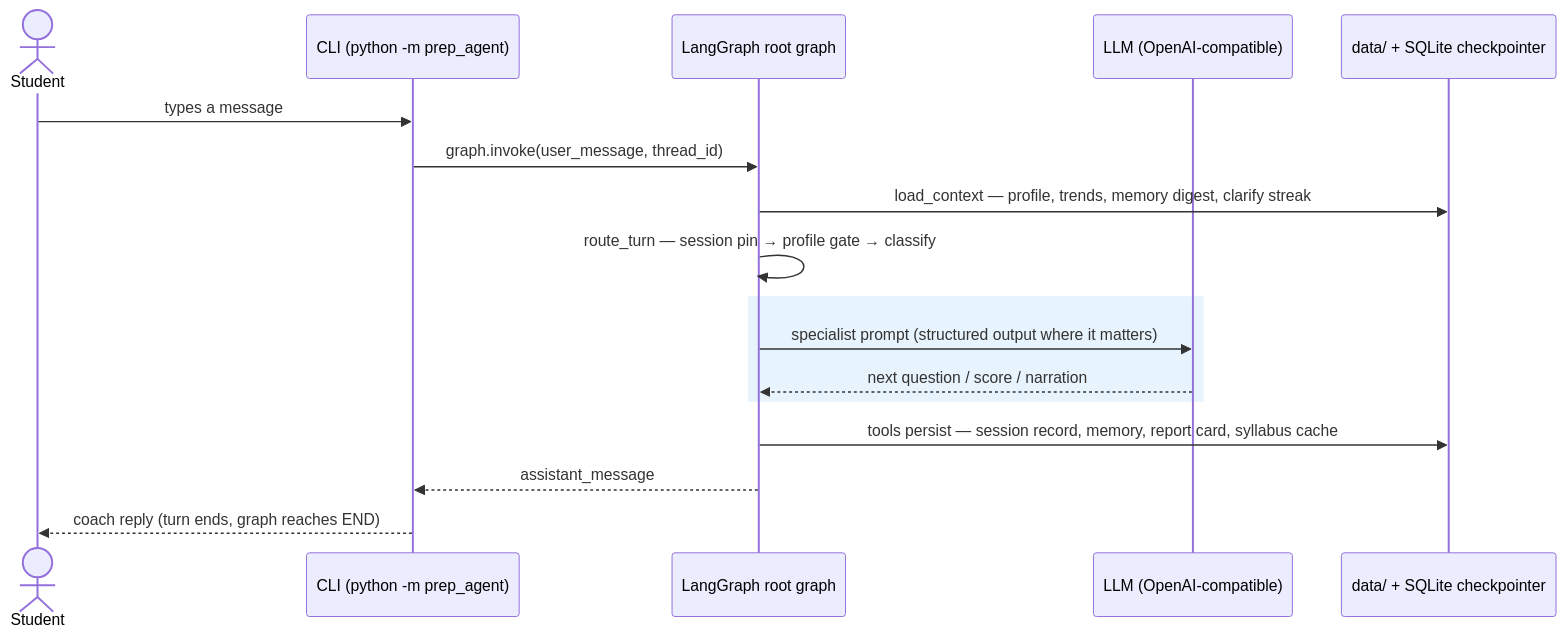
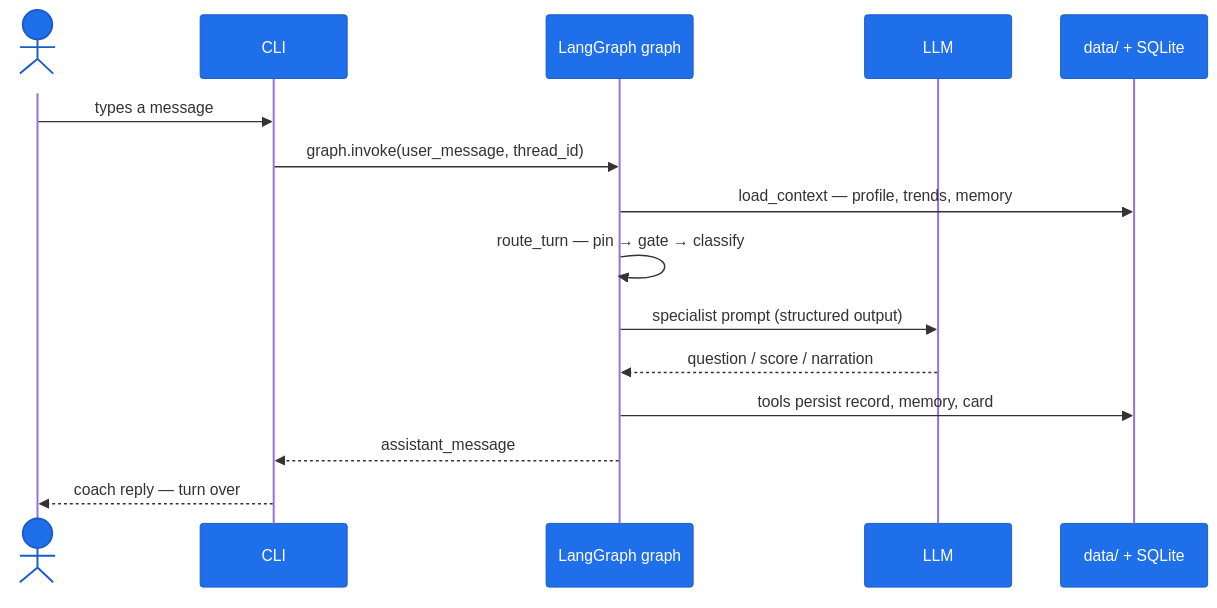
One commit to shanmukhanssm/placement-prep-agent changed the third of 6 diagrams in README.md. Above: the diagram before and after it, drawn with Mermaid. The commit also changed other lines of this file, not shown here.

First line of the commit message:
docs(readme): vivid high-contrast diagrams + tighten to ~70% length

````diff
--- a/README.md
+++ b/README.md
@@ -184,20 +127,18 @@
 ```mermaid
+%%{init: {"themeVariables": {"actorBkg": "#1f6feb", "actorTextColor": "#ffffff", "actorBorder": "#1a5cc8"}}}%%
 sequenceDiagram
     actor U as Student
-    participant C as CLI (python -m prep_agent)
-    participant G as LangGraph root graph
-    participant L as LLM (OpenAI-compatible)
-    participant D as data/ + SQLite checkpointer
-
+    participant C as CLI
+    participant G as LangGraph graph
+    participant L as LLM
+    participant D as data/ + SQLite
     U->>C: types a message
     C->>G: graph.invoke(user_message, thread_id)
-    G->>D: load_context — profile, trends, memory digest, clarify streak
-    G->>G: route_turn — session pin → profile gate → classify
-    rect rgb(232, 244, 253)
-        G->>L: specialist prompt (structured output where it matters)
-        L-->>G: next question / score / narration
-    end
-    G->>D: tools persist — session record, memory, report card, syllabus cache
+    G->>D: load_context — profile, trends, memory
+    G->>G: route_turn — pin → gate → classify
+    G->>L: specialist prompt (structured output)
+    L-->>G: question / score / narration
+    G->>D: tools persist record, memory, card
     G-->>C: assistant_message
-    C-->>U: coach reply (turn ends, graph reaches END)
+    C-->>U: coach reply — turn over
 ```
````
